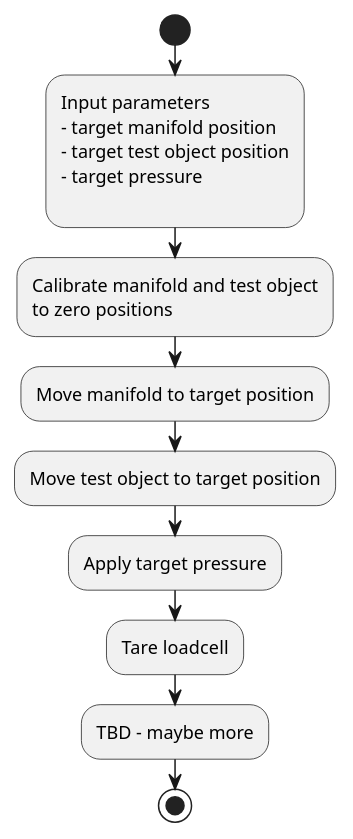
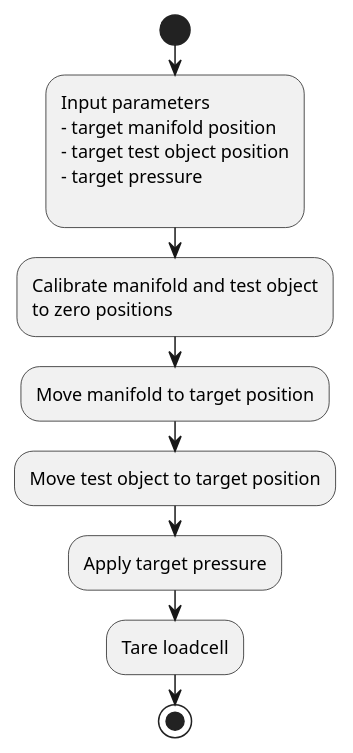
Before and after one commit to PWrInSpace/MACKI_mainboard: the diagram in docs/Main_calibration_procedure.puml, drawn with PlantUML. The commit also changed 3 other files, not shown here.

```diff
--- a/docs/Main_calibration_procedure.puml
+++ b/docs/Main_calibration_procedure.puml
@@ -1,23 +1,21 @@
 @startuml Main_grab_test_calibrate_procedure
 
 start
 
 :Input parameters
 - target manifold position
 - target test object position
 - target pressure 
 ;
 
 :Calibrate manifold and test object
 to zero positions;
 
 :Move manifold to target position;
 :Move test object to target position;
 :Apply target pressure;
 :Tare loadcell;
 
-:TBD - maybe more;
-
 stop
 
 @end uml
```
